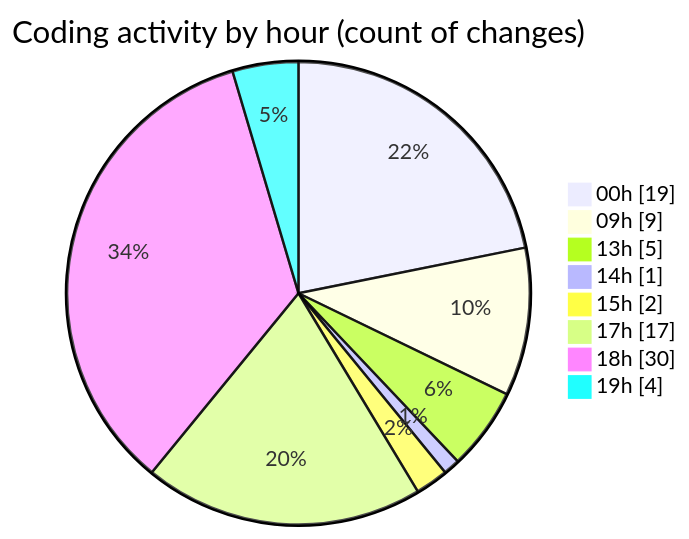
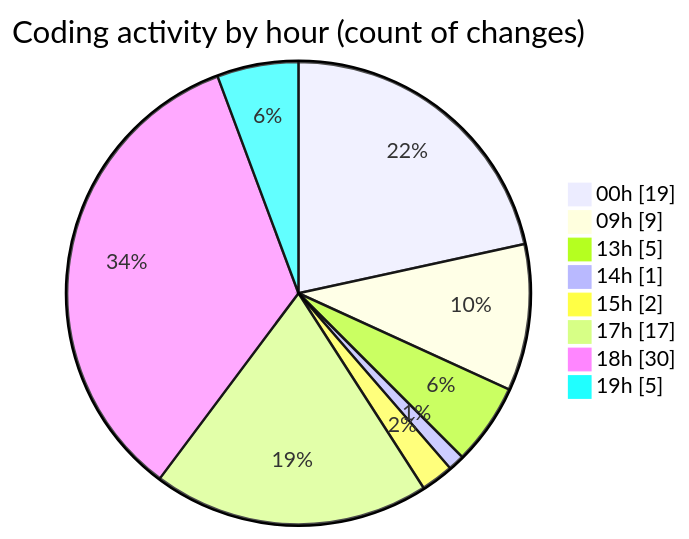
The second of 2 diagrams in 2025-08-12/ribbon/README.md (EIIisD/code-tracking), drawn with Mermaid before and after one commit. The commit also changed other lines of this file and 1 other file, not shown here.

````diff
--- a/2025-08-12/ribbon/README.md
+++ b/2025-08-12/ribbon/README.md
@@ -49,12 +49,12 @@
 ```mermaid
 pie showData
 title Coding activity by hour (count of changes)
 "00h" : 19
 "09h" : 9
 "13h" : 5
 "14h" : 1
 "15h" : 2
 "17h" : 17
 "18h" : 30
-"19h" : 4
+"19h" : 5
 ```
````
